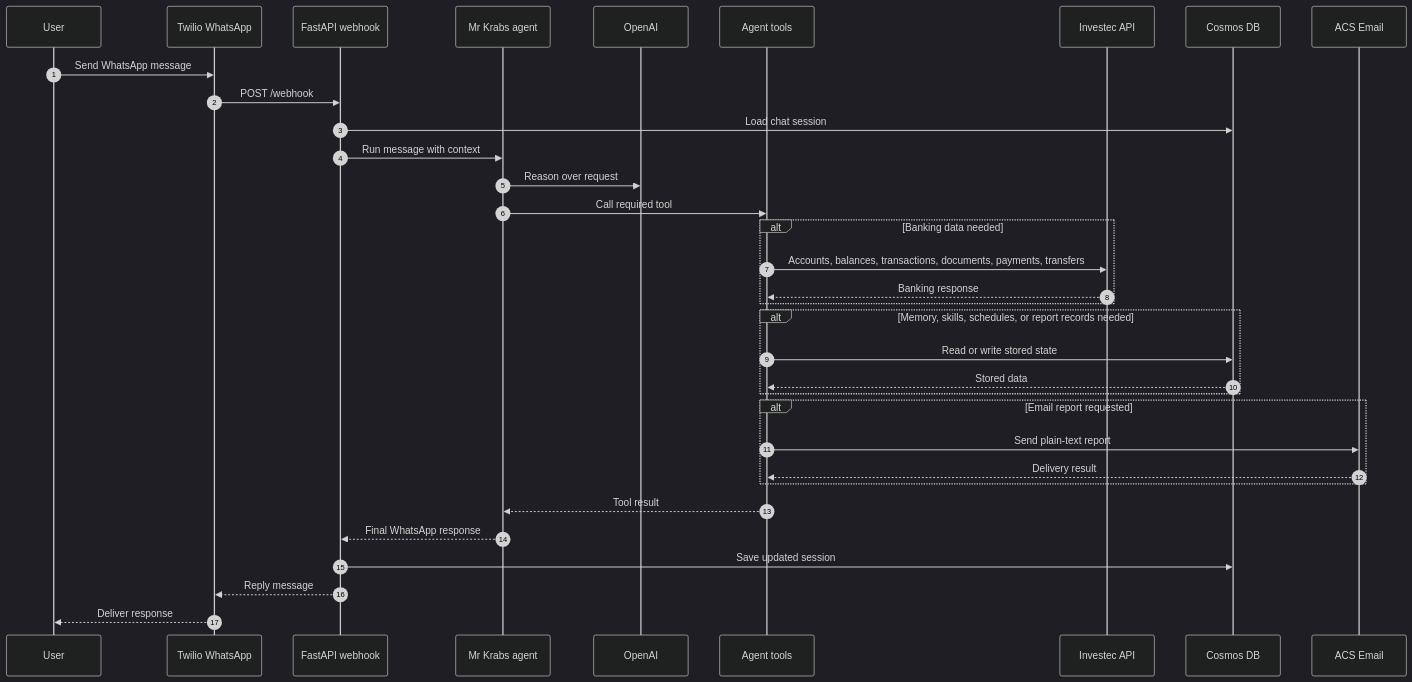
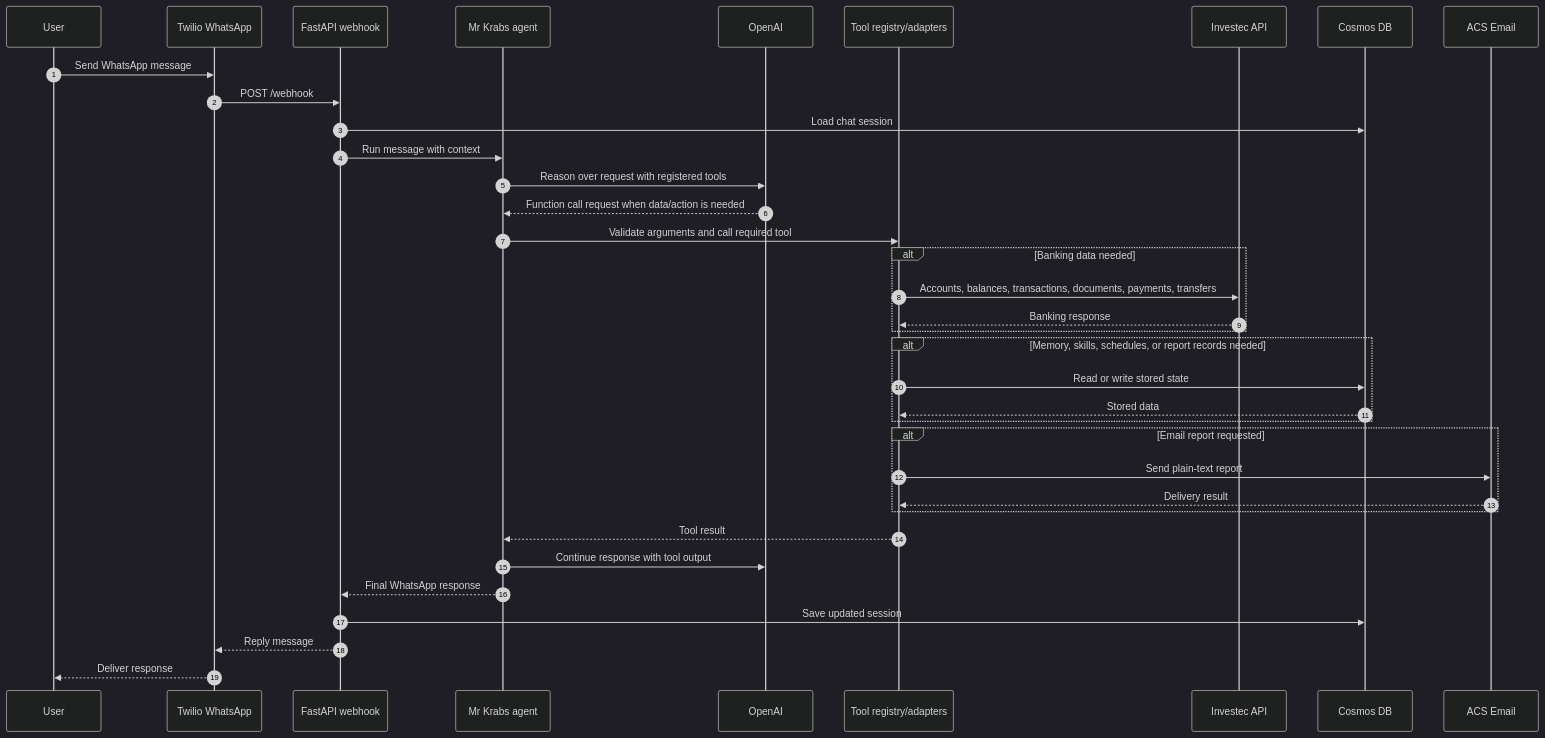
The second of 3 diagrams in docs/solution-diagram.md (tjabane/tjabane.agent.julius), drawn with Mermaid (dark theme) before and after one commit. The commit also changed other lines of this file and 11 other files, not shown here.

Commit message:
Wire Investec tool factories into agent runner

````diff
--- a/docs/solution-diagram.md
+++ b/docs/solution-diagram.md
@@ -72,37 +74,39 @@
 ```mermaid
 sequenceDiagram
     autonumber
     participant User
     participant Twilio as Twilio WhatsApp
     participant API as FastAPI webhook
     participant Agent as Mr Krabs agent
     participant OpenAI
-    participant Tools as Agent tools
+    participant Tools as Tool registry/adapters
     participant Investec as Investec API
     participant Cosmos as Cosmos DB
     participant Email as ACS Email
 
     User->>Twilio: Send WhatsApp message
     Twilio->>API: POST /webhook
     API->>Cosmos: Load chat session
     API->>Agent: Run message with context
-    Agent->>OpenAI: Reason over request
-    Agent->>Tools: Call required tool
+    Agent->>OpenAI: Reason over request with registered tools
+    OpenAI-->>Agent: Function call request when data/action is needed
+    Agent->>Tools: Validate arguments and call required tool
     alt Banking data needed
         Tools->>Investec: Accounts, balances, transactions, documents, payments, transfers
         Investec-->>Tools: Banking response
     end
     alt Memory, skills, schedules, or report records needed
         Tools->>Cosmos: Read or write stored state
         Cosmos-->>Tools: Stored data
     end
     alt Email report requested
         Tools->>Email: Send plain-text report
         Email-->>Tools: Delivery result
     end
     Tools-->>Agent: Tool result
+    Agent->>OpenAI: Continue response with tool output
     Agent-->>API: Final WhatsApp response
     API->>Cosmos: Save updated session
     API-->>Twilio: Reply message
     Twilio-->>User: Deliver response
 ```
````
